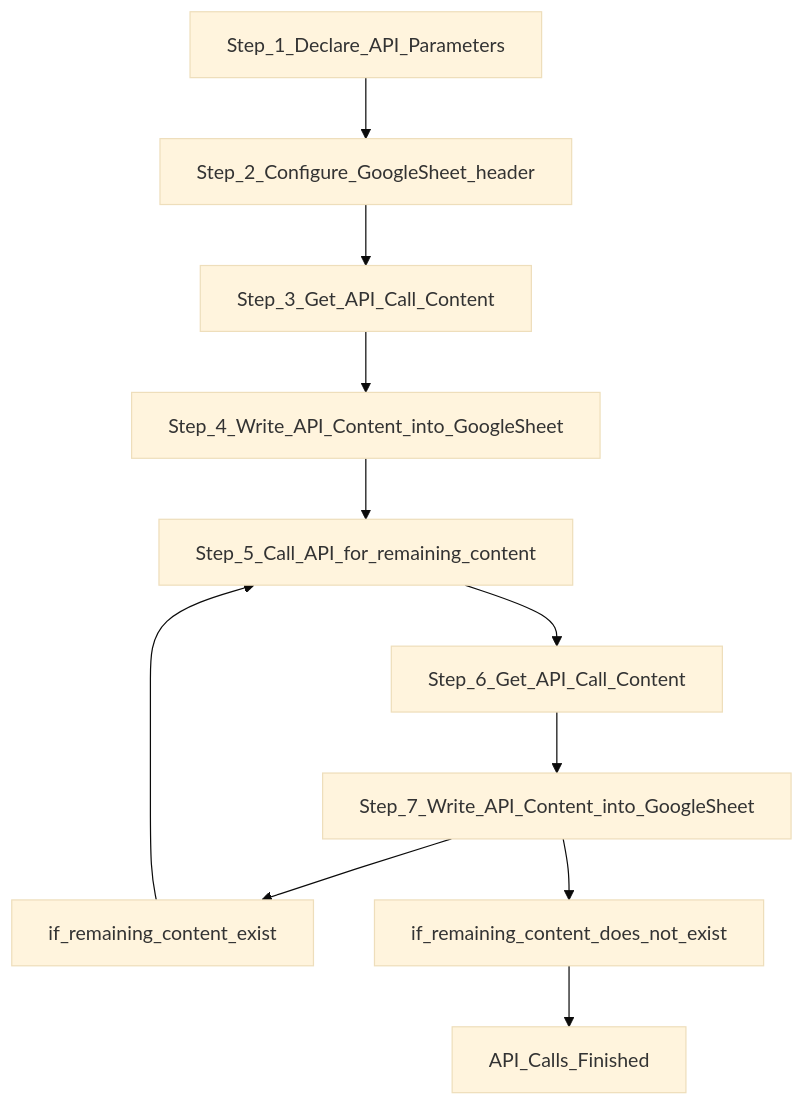
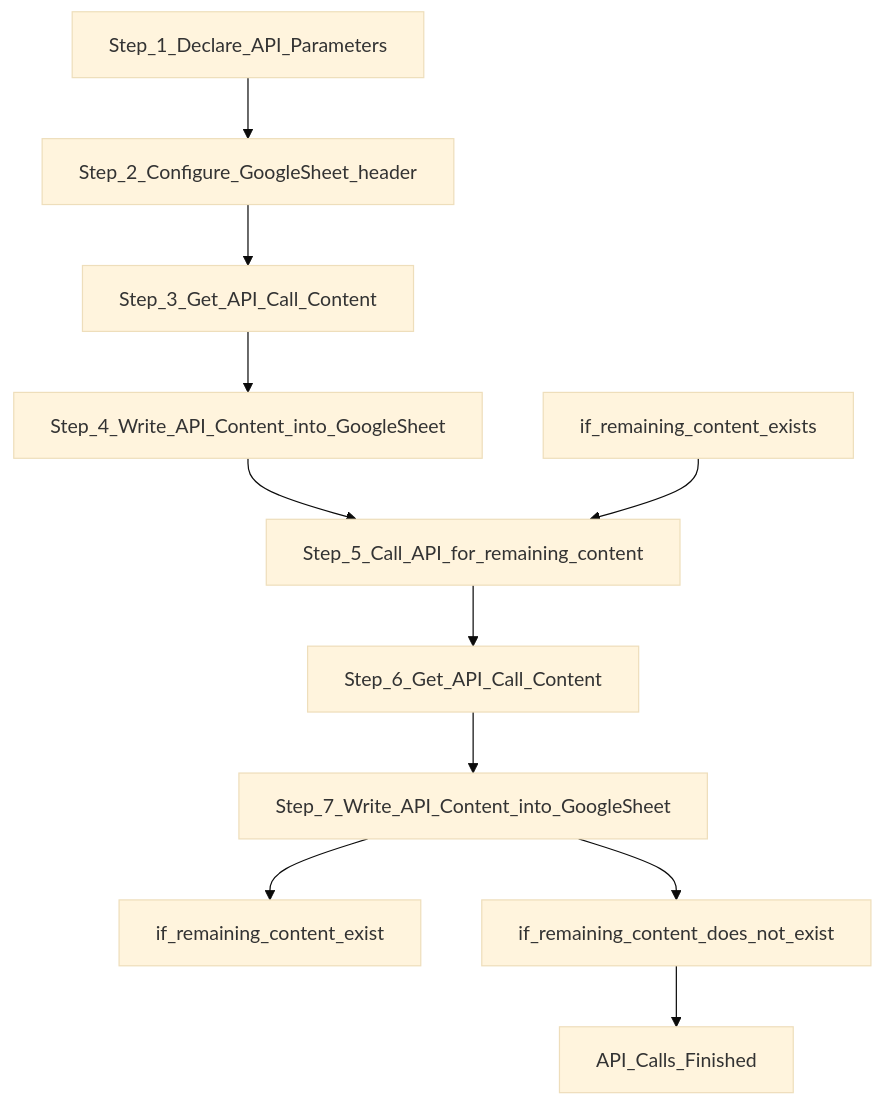
One commit to oscaroscarlam/AzurePrice changed the diagram in README.md. Above: the diagram before and after it, drawn with Mermaid (base theme). The commit also changed other lines of this file, not shown here.

````diff
--- a/README.md
+++ b/README.md
@@ -32,13 +32,13 @@
 ```mermaid
 graph TD;
     Step_1_Declare_API_Parameters-->Step_2_Configure_GoogleSheet_header;    
     Step_2_Configure_GoogleSheet_header-->Step_3_Get_API_Call_Content;  
     Step_3_Get_API_Call_Content-->Step_4_Write_API_Content_into_GoogleSheet;  
     Step_4_Write_API_Content_into_GoogleSheet-->Step_5_Call_API_for_remaining_content;    
     Step_5_Call_API_for_remaining_content-->Step_6_Get_API_Call_Content;  
     Step_6_Get_API_Call_Content-->Step_7_Write_API_Content_into_GoogleSheet;     
     Step_7_Write_API_Content_into_GoogleSheet-->if_remaining_content_exist; 
     Step_7_Write_API_Content_into_GoogleSheet-->if_remaining_content_does_not_exist;
-    if_remaining_content_exist-->Step_5_Call_API_for_remaining_content; 
+    if_remaining_content_exists-->Step_5_Call_API_for_remaining_content; 
     if_remaining_content_does_not_exist-->API_Calls_Finished; 
 ```
````
